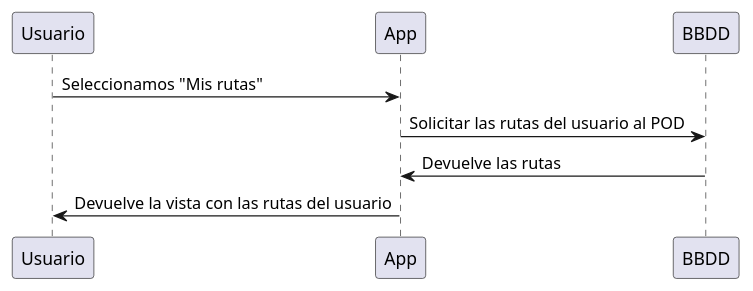
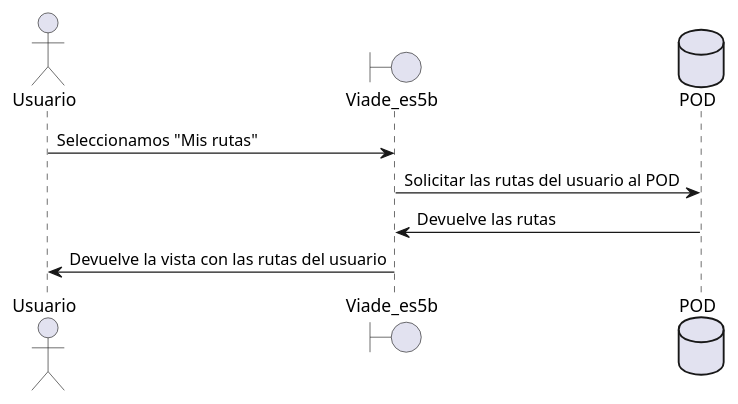
Before and after one commit to Arquisoft/viade_es5b: the second of 16 diagrams in src/docs/06_runtime_view.adoc, drawn with PlantUML. The commit also changed other lines of this file, not shown here.

Commit message:
Cambios a partir del escenario 1

```diff
--- a/src/docs/06_runtime_view.adoc
+++ b/src/docs/06_runtime_view.adoc
@@ -71,7 +74,10 @@
 [plantuml,"DiagramaVerRutas",png]
 ----
-Usuario -> App: Seleccionamos "Mis rutas"
-App -> BBDD : Solicitar las rutas del usuario al POD
-BBDD -> App: Devuelve las rutas
-App -> Usuario: Devuelve la vista con las rutas del usuario
+actor Usuario
+boundary Viade_es5b
+database POD
+Usuario -> Viade_es5b: Seleccionamos "Mis rutas"
+Viade_es5b -> POD : Solicitar las rutas del usuario al POD
+POD -> Viade_es5b: Devuelve las rutas
+Viade_es5b -> Usuario: Devuelve la vista con las rutas del usuario
 ----
```
